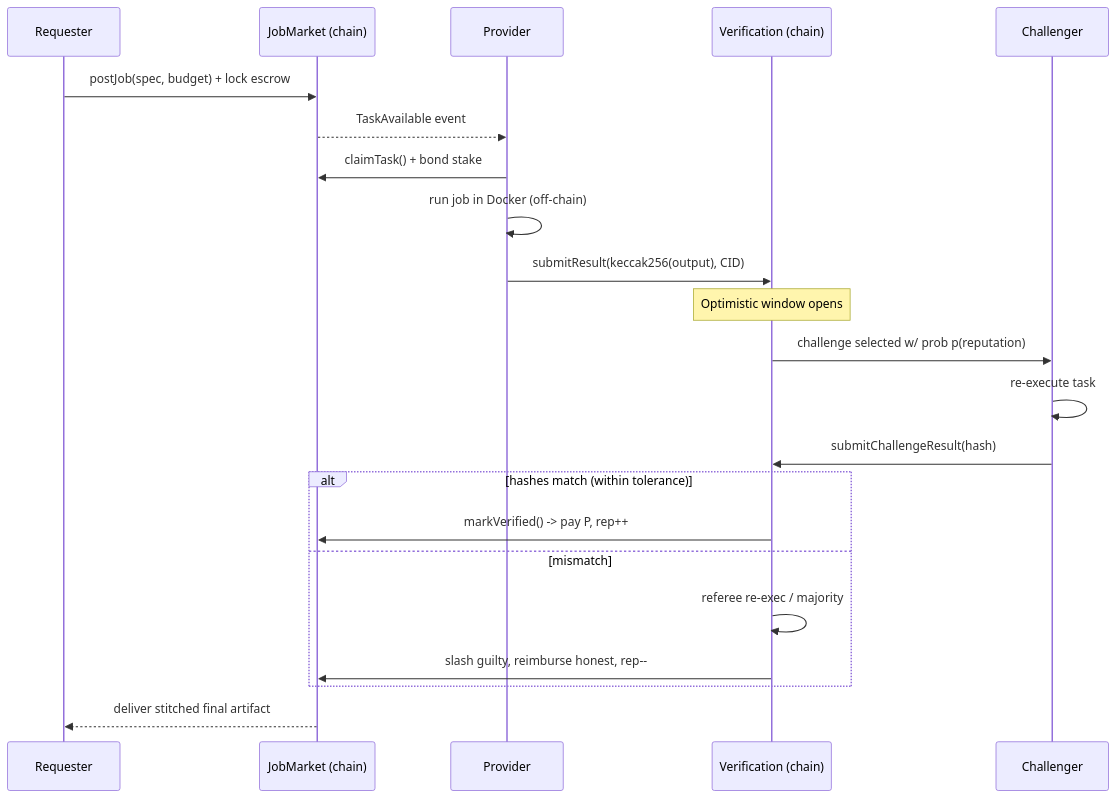
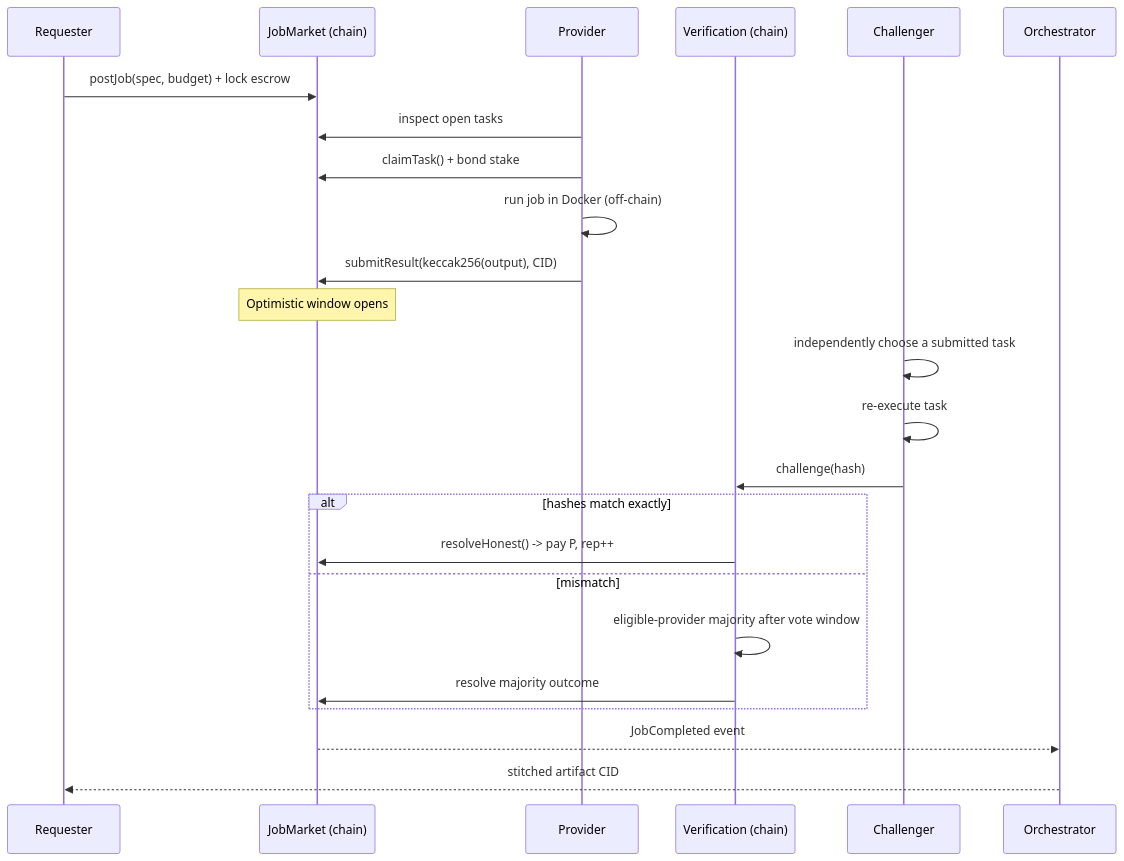
One commit to 0xPixelNinja/ShaderMesh changed the fourth of 4 diagrams in docs/ShaderMesh-Review1-Proposal.md. Above: the diagram before and after it, drawn with Mermaid. The commit also changed other lines of this file and 12 other files, not shown here.

````diff
--- a/docs/ShaderMesh-Review1-Proposal.md
+++ b/docs/ShaderMesh-Review1-Proposal.md
@@ -291,25 +298,27 @@
 ```mermaid
 sequenceDiagram
     participant R as Requester
     participant JM as JobMarket (chain)
     participant P as Provider
     participant V as Verification (chain)
     participant C as Challenger
+    participant O as Orchestrator
 
     R->>JM: postJob(spec, budget) + lock escrow
-    JM-->>P: TaskAvailable event
+    P->>JM: inspect open tasks
     P->>JM: claimTask() + bond stake
     P->>P: run job in Docker (off-chain)
-    P->>V: submitResult(keccak256(output), CID)
-    Note over V: Optimistic window opens
-    V->>C: challenge selected w/ prob p(reputation)
+    P->>JM: submitResult(keccak256(output), CID)
+    Note over JM: Optimistic window opens
+    C->>C: independently choose a submitted task
     C->>C: re-execute task
-    C->>V: submitChallengeResult(hash)
-    alt hashes match (within tolerance)
-        V->>JM: markVerified() -> pay P, rep++
+    C->>V: challenge(hash)
+    alt hashes match exactly
+        V->>JM: resolveHonest() -> pay P, rep++
     else mismatch
-        V->>V: referee re-exec / majority
-        V->>JM: slash guilty, reimburse honest, rep--
+        V->>V: eligible-provider majority after vote window
+        V->>JM: resolve majority outcome
     end
-    JM-->>R: deliver stitched final artifact
+    JM-->>O: JobCompleted event
+    O-->>R: stitched artifact CID
 ```
````
